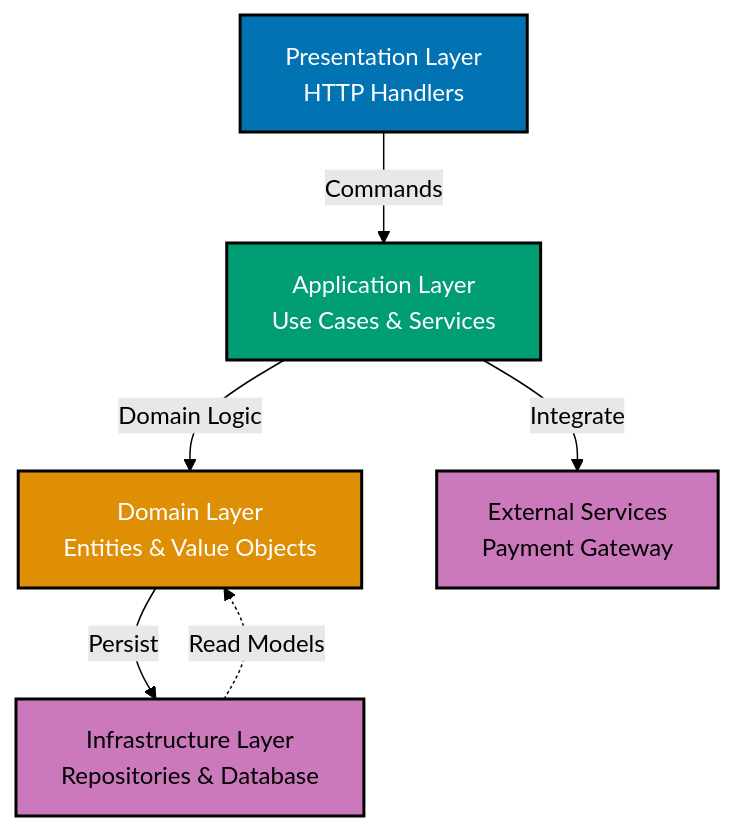
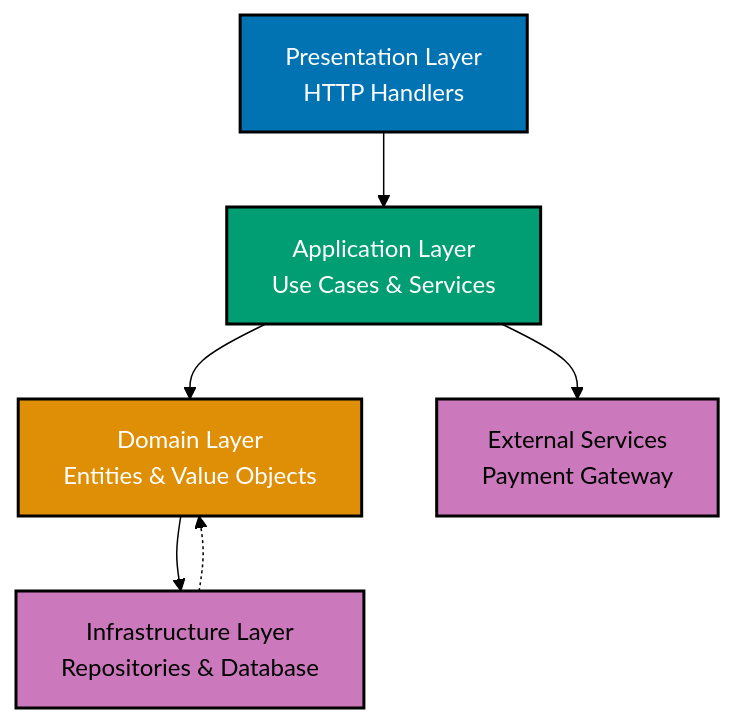
Before and after one commit to wahidyankf/ose-primer: the first of 5 diagrams in docs/explanation/software-engineering/programming-languages/golang/ddd-standards.md, drawn with Mermaid (forest theme). The commit also changed other lines of this file and 11 other files, not shown here.

Commit message:
fix(docs): fix mermaid violations in golang/ docs (batch 3/10)

````diff
--- a/docs/explanation/software-engineering/programming-languages/golang/ddd-standards.md
+++ b/docs/explanation/software-engineering/programming-languages/golang/ddd-standards.md
@@ -52,22 +52,22 @@
 ```mermaid
 %% Color Palette: Blue #0173B2, Orange #DE8F05, Teal #029E73, Purple #CC78BC
 %% DDD layers for zakat donation system
 
 graph TD
     A["Presentation Layer<br/>HTTP Handlers"]:::blue
     B["Application Layer<br/>Use Cases & Services"]:::teal
     C["Domain Layer<br/>Entities & Value Objects"]:::orange
     D["Infrastructure Layer<br/>Repositories & Database"]:::purple
     E["External Services<br/>Payment Gateway"]:::purple
 
-    A -->|"Commands"| B
-    B -->|"Domain Logic"| C
-    C -->|"Persist"| D
-    B -->|"Integrate"| E
-    D -.->|"Read Models"| C
+    A --> B
+    B --> C
+    C --> D
+    B --> E
+    D -.-> C
 
     classDef blue fill:#0173B2,stroke:#000000,color:#FFFFFF,stroke-width:2px
     classDef orange fill:#DE8F05,stroke:#000000,color:#FFFFFF,stroke-width:2px
     classDef teal fill:#029E73,stroke:#000000,color:#FFFFFF,stroke-width:2px
     classDef purple fill:#CC78BC,stroke:#000000,color:#000000,stroke-width:2px
 ```
````
